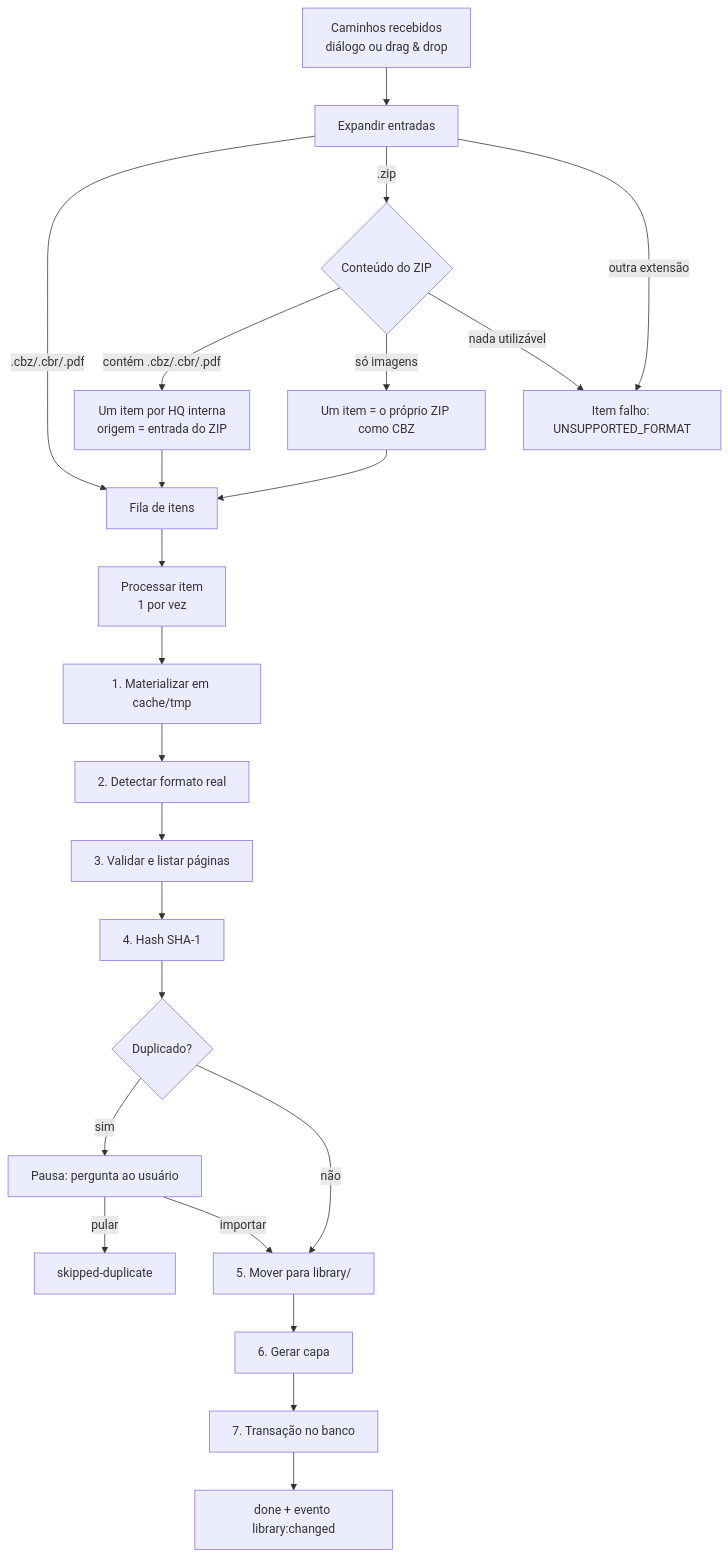
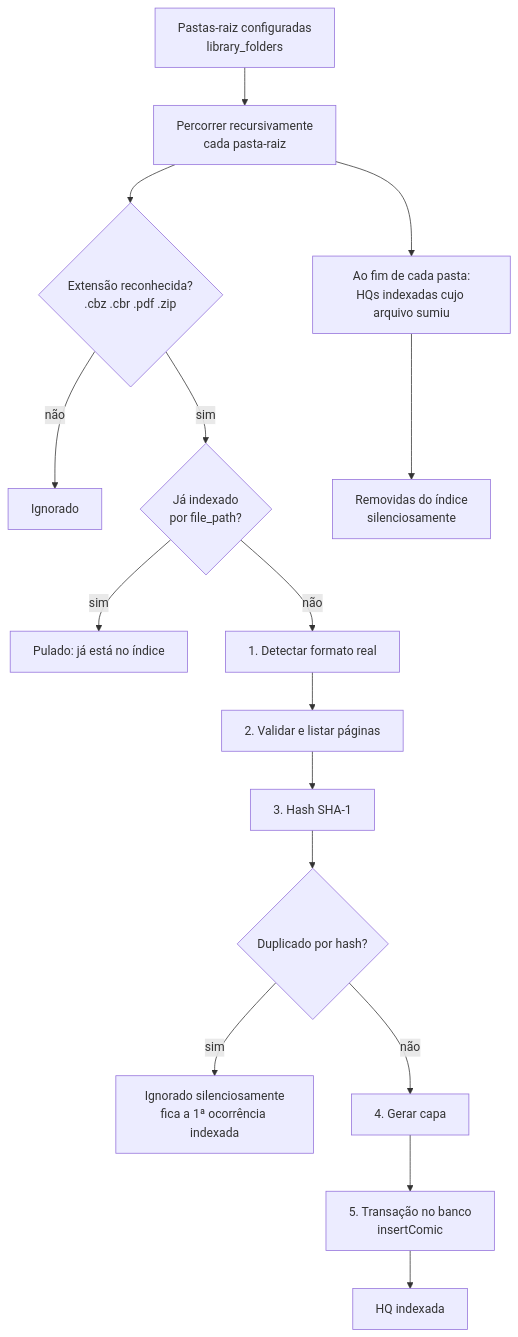
Before and after one commit to iguinn13/comic-reader: the diagram in docs/05-importacao.md, drawn with Mermaid. The commit also changed other lines of this file and 107 other files, not shown here.

First line of the commit message:
feat: substituir Listas/Sagas por biblioteca em pastas + ajustes no leitor

````diff
--- a/docs/05-importacao.md
+++ b/docs/05-importacao.md
@@ -7,25 +9,18 @@
 ```mermaid
 flowchart TD
-  A[Caminhos recebidos<br/>diálogo ou drag & drop] --> B[Expandir entradas]
-  B -->|.cbz/.cbr/.pdf| Q[Fila de itens]
-  B -->|.zip| C{Conteúdo do ZIP}
-  C -->|contém .cbz/.cbr/.pdf| D[Um item por HQ interna<br/>origem = entrada do ZIP]
-  C -->|só imagens| E[Um item = o próprio ZIP como CBZ]
-  C -->|nada utilizável| F[Item falho: UNSUPPORTED_FORMAT]
-  D --> Q
-  E --> Q
-  B -->|outra extensão| F
-  Q --> P[Processar item<br/>1 por vez]
-  P --> S1[1. Materializar em cache/tmp]
-  S1 --> S2[2. Detectar formato real]
-  S2 --> S3[3. Validar e listar páginas]
-  S3 --> S4[4. Hash SHA-1]
-  S4 --> S5{Duplicado?}
-  S5 -->|sim| S5a[Pausa: pergunta ao usuário]
-  S5a -->|pular| X[skipped-duplicate]
-  S5a -->|importar| S6
-  S5 -->|não| S6[5. Mover para library/]
-  S6 --> S7[6. Gerar capa]
-  S7 --> S8[7. Transação no banco]
-  S8 --> OK[done + evento library:changed]
+  A[Pastas-raiz configuradas<br/>library_folders] --> B[Percorrer recursivamente<br/>cada pasta-raiz]
+  B --> C{Extensão reconhecida?<br/>.cbz .cbr .pdf .zip}
+  C -->|não| Z1[Ignorado]
+  C -->|sim| D{Já indexado<br/>por file_path?}
+  D -->|sim| Z2[Pulado: já está no índice]
+  D -->|não| E[1. Detectar formato real]
+  E --> F[2. Validar e listar páginas]
+  F --> G[3. Hash SHA-1]
+  G --> H{Duplicado por hash?}
+  H -->|sim| Z3[Ignorado silenciosamente<br/>fica a 1ª ocorrência indexada]
+  H -->|não| I[4. Gerar capa]
+  I --> J[5. Transação no banco<br/>insertComic]
+  J --> OK[HQ indexada]
+  B --> K[Ao fim de cada pasta:<br/>HQs indexadas cujo arquivo sumiu]
+  K --> L[Removidas do índice<br/>silenciosamente]
 ```
````
